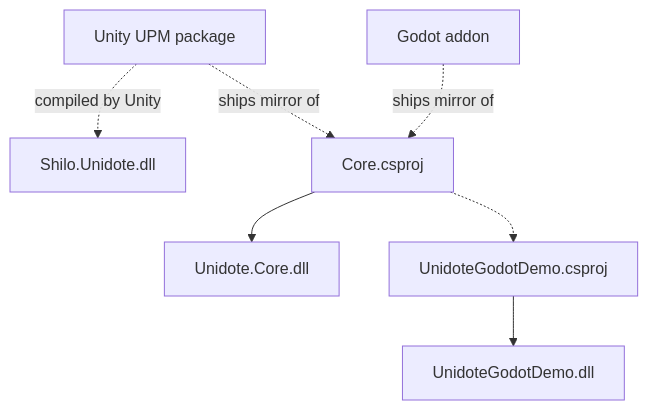
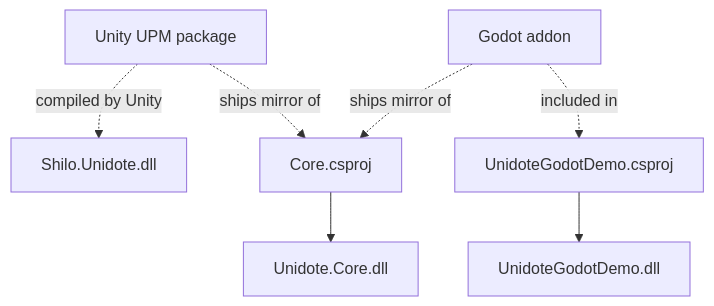
Before and after one commit to Shilo/unidote: the second of 2 diagrams in docs/architecture.md, drawn with Mermaid. The commit also changed other lines of this file and 3 other files, not shown here.

Commit message:
docs: update review and architecture documentation to align with sample-driven iteration workflow and UID isolation strategy

````diff
--- a/docs/architecture.md
+++ b/docs/architecture.md
@@ -64,9 +64,9 @@
 ```mermaid
 flowchart TB
     C[Core.csproj] --> CDll[Unidote.Core.dll]
     U[Unity UPM package] -. compiled by Unity .-> UAsm[Shilo.Unidote.dll]
     GP[UnidoteGodotDemo.csproj] --> GDll[UnidoteGodotDemo.dll]
-    C -. "<Compile Include>" .-> GP
     U -. ships mirror of .-> C
     GAddon[Godot addon] -. ships mirror of .-> C
+    GAddon -. included in .-> GP
 ```
````
